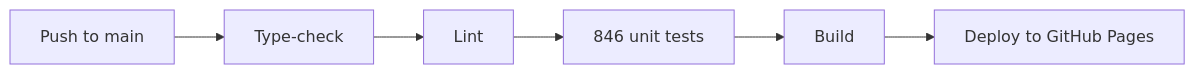
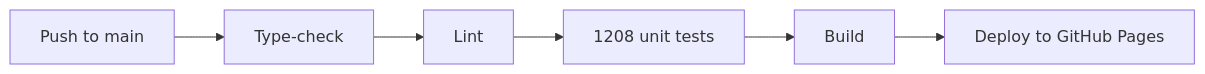
The sixth of 6 diagrams in README.md (rmaytr/Cairn_Task_Tracking_App), drawn with Mermaid before and after one commit. The commit also changed other lines of this file and 2 other files, not shown here.

````diff
--- a/README.md
+++ b/README.md
@@ -338,4 +399,4 @@
 ```mermaid
 flowchart LR
-  P[Push to main] --> T[Type-check] --> L[Lint] --> U["846 unit tests"] --> B[Build] --> D[Deploy to GitHub Pages]
+  P[Push to main] --> T[Type-check] --> L[Lint] --> U["1208 unit tests"] --> B[Build] --> D[Deploy to GitHub Pages]
 ```
````
